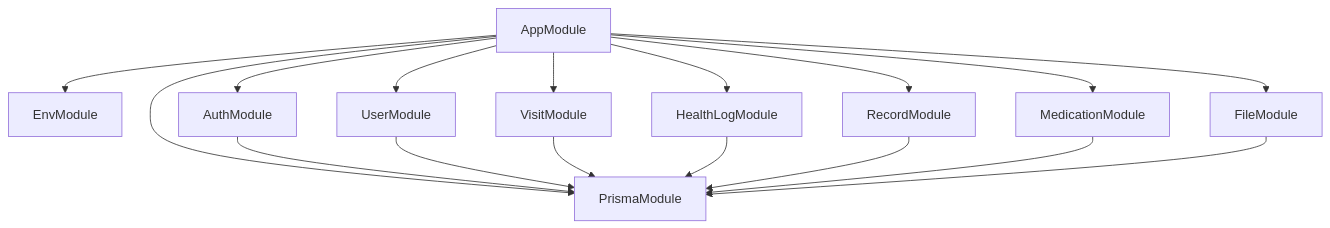
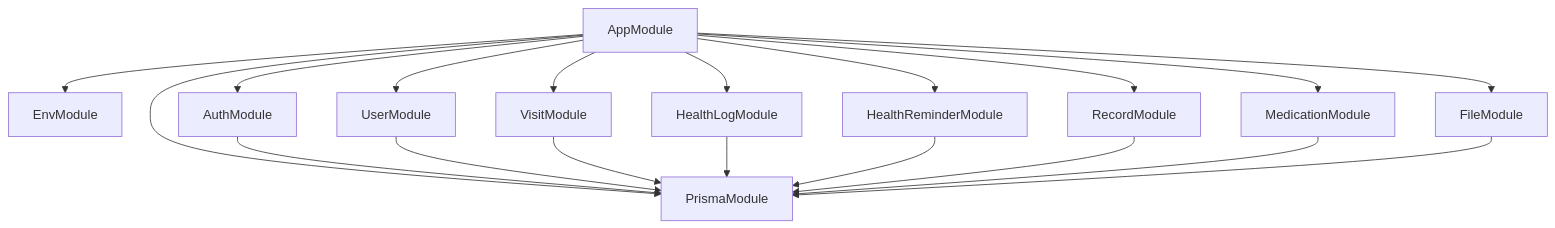
Before and after one commit to ayxixi/medical-system: the third of 8 diagrams in docs/ARCHITECTURE.md, drawn with Mermaid. The commit also changed other lines of this file and 27 other files, not shown here.

````diff
--- a/docs/ARCHITECTURE.md
+++ b/docs/ARCHITECTURE.md
@@ -275,20 +279,22 @@
 ```mermaid
 flowchart TD
   App[AppModule] --> Env[EnvModule]
   App --> Prisma[PrismaModule]
   App --> Auth[AuthModule]
   App --> User[UserModule]
   App --> Visit[VisitModule]
   App --> HealthLog[HealthLogModule]
+  App --> HealthReminder[HealthReminderModule]
   App --> Record[RecordModule]
   App --> Medication[MedicationModule]
   App --> File[FileModule]
 
   Auth --> Prisma
   User --> Prisma
   Visit --> Prisma
   HealthLog --> Prisma
+  HealthReminder --> Prisma
   Record --> Prisma
   Medication --> Prisma
   File --> Prisma
 ```
````
